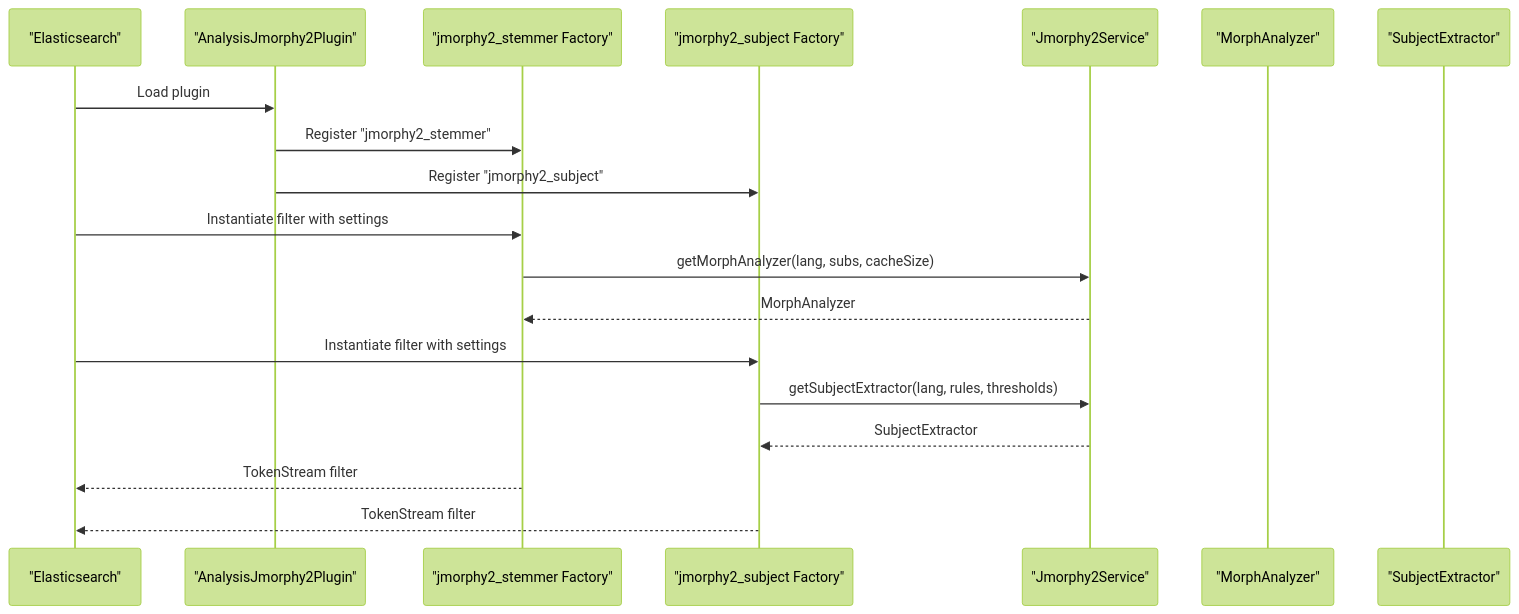
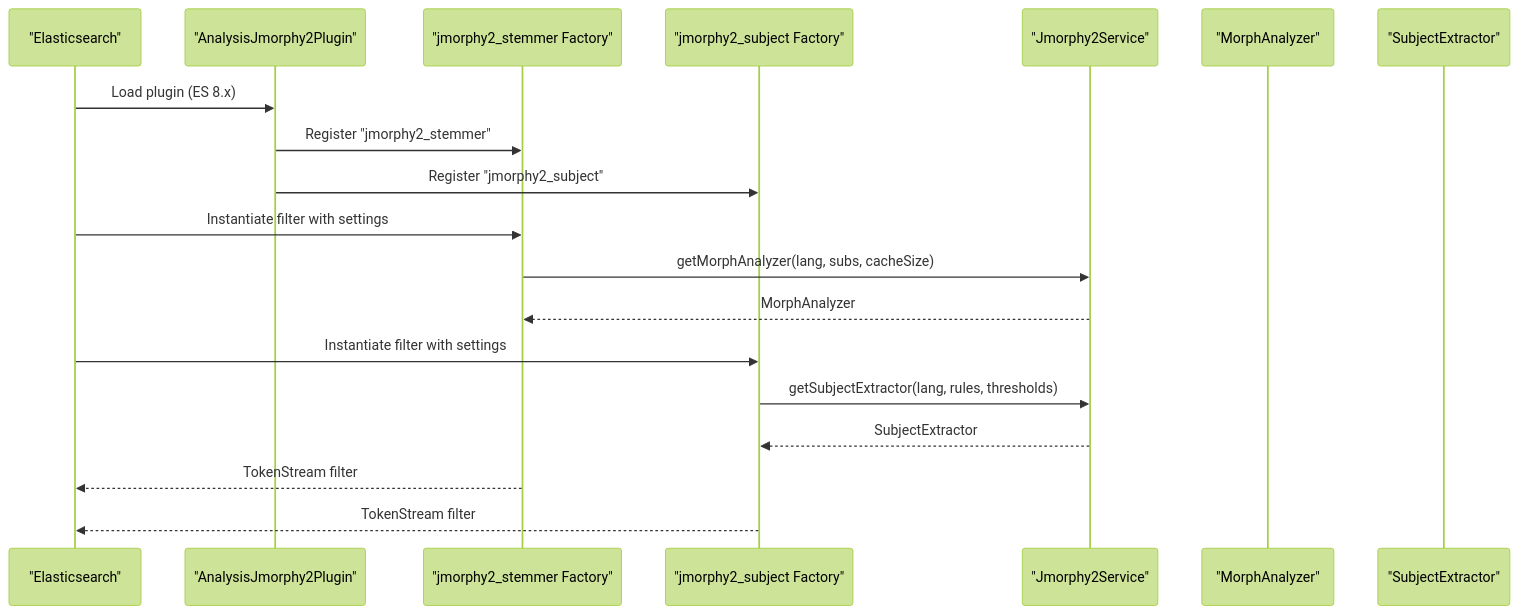
One commit to Oregu7/jmorphy2 changed the second of 8 diagrams in .qoder/repowiki/en/content/Project Overview/Integration Modules/Elasticsearch Integration.md. Above: the diagram before and after it, drawn with Mermaid (forest theme). The commit also changed other lines of this file and 2 other files, not shown here.

````diff
--- a/.qoder/repowiki/en/content/Project Overview/Integration Modules/Elasticsearch Integration.md
+++ b/.qoder/repowiki/en/content/Project Overview/Integration Modules/Elasticsearch Integration.md
@@ -93,21 +116,21 @@
 ```mermaid
 sequenceDiagram
 participant ES as "Elasticsearch"
 participant Plugin as "AnalysisJmorphy2Plugin"
 participant TF1 as "jmorphy2_stemmer Factory"
 participant TF2 as "jmorphy2_subject Factory"
 participant Service as "Jmorphy2Service"
 participant Analyzer as "MorphAnalyzer"
 participant Extractor as "SubjectExtractor"
-ES->>Plugin : Load plugin
+ES->>Plugin : Load plugin (ES 8.x)
 Plugin->>TF1 : Register "jmorphy2_stemmer"
 Plugin->>TF2 : Register "jmorphy2_subject"
 ES->>TF1 : Instantiate filter with settings
 TF1->>Service : getMorphAnalyzer(lang, subs, cacheSize)
 Service-->>TF1 : MorphAnalyzer
 ES->>TF2 : Instantiate filter with settings
 TF2->>Service : getSubjectExtractor(lang, rules, thresholds)
 Service-->>TF2 : SubjectExtractor
 TF1-->>ES : TokenStream filter
 TF2-->>ES : TokenStream filter
 ```
````
